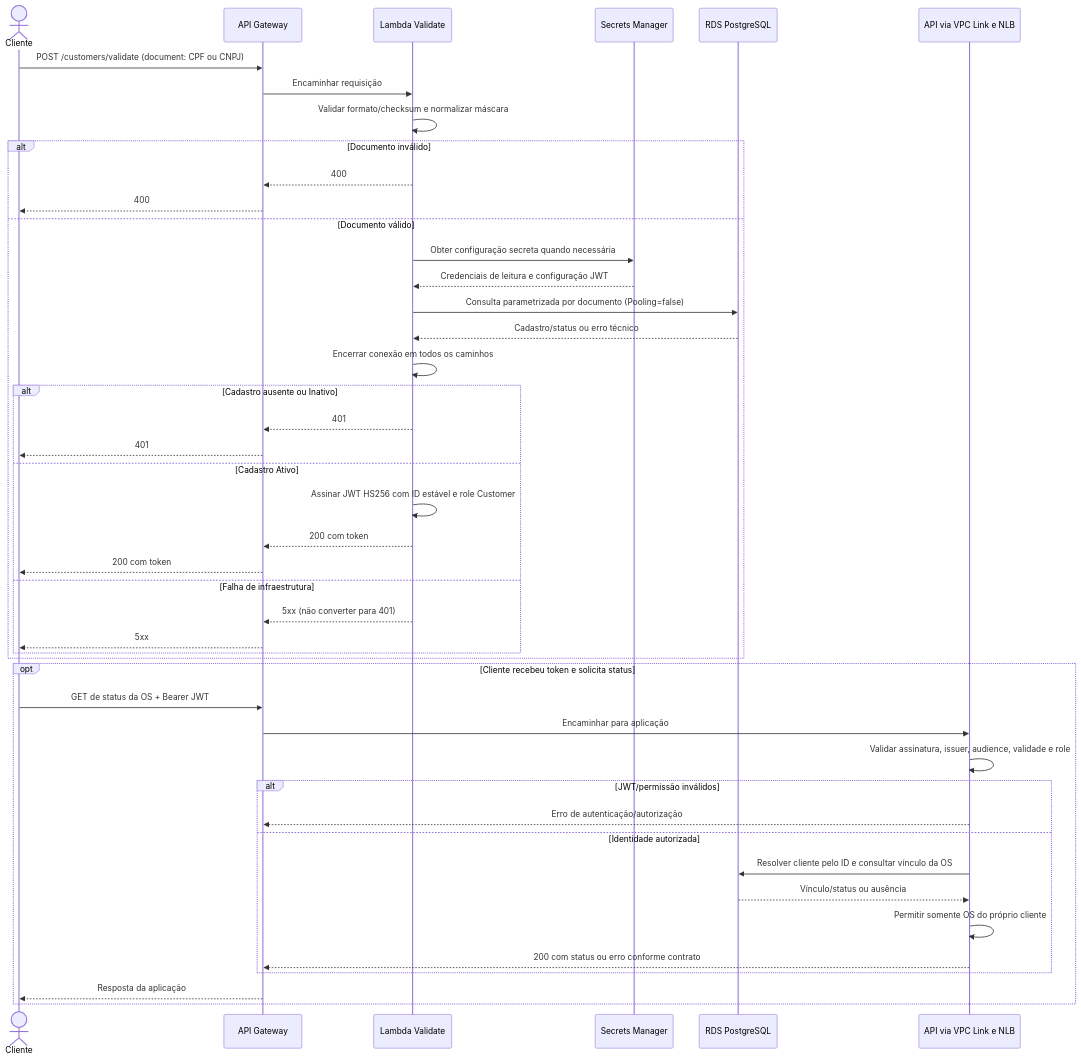
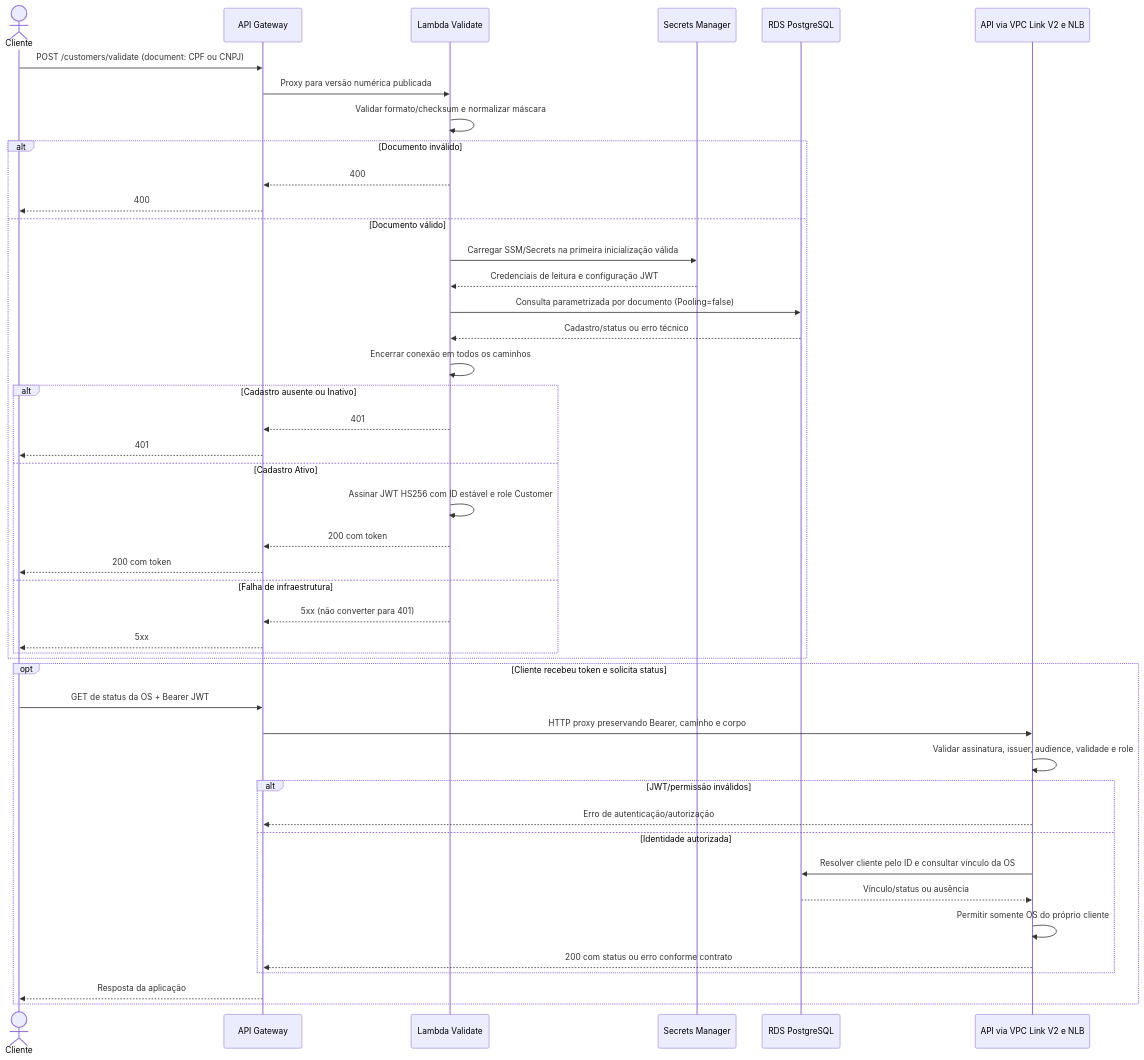
One commit to pknfelps/GerenciamentoMecanicaSistema changed the diagram in docs/arquitetura/diagramas/VALIDACAO_CPF.md. Above: the diagram before and after it, drawn with Mermaid. The commit also changed 15 other files, not shown here.

````diff
--- a/docs/arquitetura/diagramas/VALIDACAO_CPF.md
+++ b/docs/arquitetura/diagramas/VALIDACAO_CPF.md
@@ -7,47 +7,47 @@
 ```mermaid
 sequenceDiagram
     actor C as Cliente
     participant G as API Gateway
     participant F as Lambda Validate
     participant S as Secrets Manager
     participant D as RDS PostgreSQL
-    participant A as API via VPC Link e NLB
+    participant A as API via VPC Link V2 e NLB
     C->>G: POST /customers/validate (document: CPF ou CNPJ)
-    G->>F: Encaminhar requisição
+    G->>F: Proxy para versão numérica publicada
     F->>F: Validar formato/checksum e normalizar máscara
     alt Documento inválido
         F-->>G: 400
         G-->>C: 400
     else Documento válido
-        F->>S: Obter configuração secreta quando necessária
+        F->>S: Carregar SSM/Secrets na primeira inicialização válida
         S-->>F: Credenciais de leitura e configuração JWT
         F->>D: Consulta parametrizada por documento (Pooling=false)
         D-->>F: Cadastro/status ou erro técnico
         F->>F: Encerrar conexão em todos os caminhos
         alt Cadastro ausente ou Inativo
             F-->>G: 401
             G-->>C: 401
         else Cadastro Ativo
             F->>F: Assinar JWT HS256 com ID estável e role Customer
             F-->>G: 200 com token
             G-->>C: 200 com token
         else Falha de infraestrutura
             F-->>G: 5xx (não converter para 401)
             G-->>C: 5xx
         end
     end
     opt Cliente recebeu token e solicita status
         C->>G: GET de status da OS + Bearer JWT
-        G->>A: Encaminhar para aplicação
+        G->>A: HTTP proxy preservando Bearer, caminho e corpo
         A->>A: Validar assinatura, issuer, audience, validade e role
         alt JWT/permissão inválidos
             A-->>G: Erro de autenticação/autorização
         else Identidade autorizada
             A->>D: Resolver cliente pelo ID e consultar vínculo da OS
             D-->>A: Vínculo/status ou ausência
             A->>A: Permitir somente OS do próprio cliente
             A-->>G: 200 com status ou erro conforme contrato
         end
         G-->>C: Resposta da aplicação
     end
 ```
````
